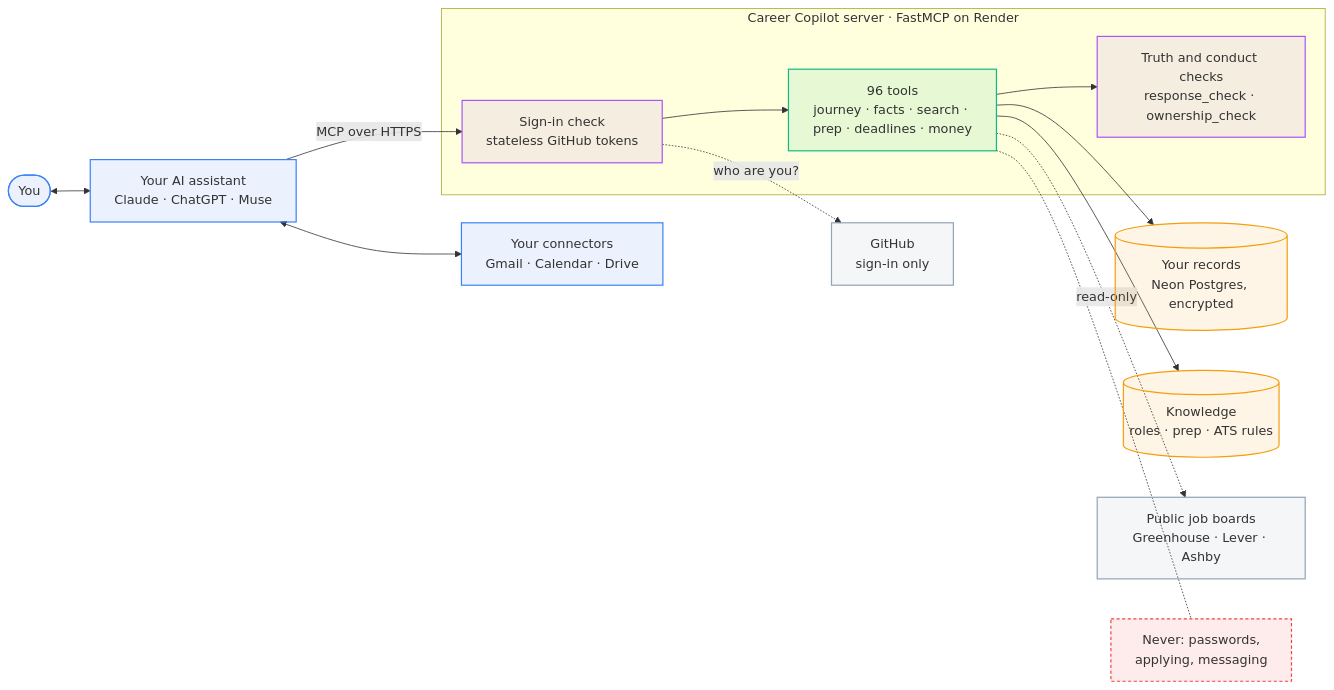
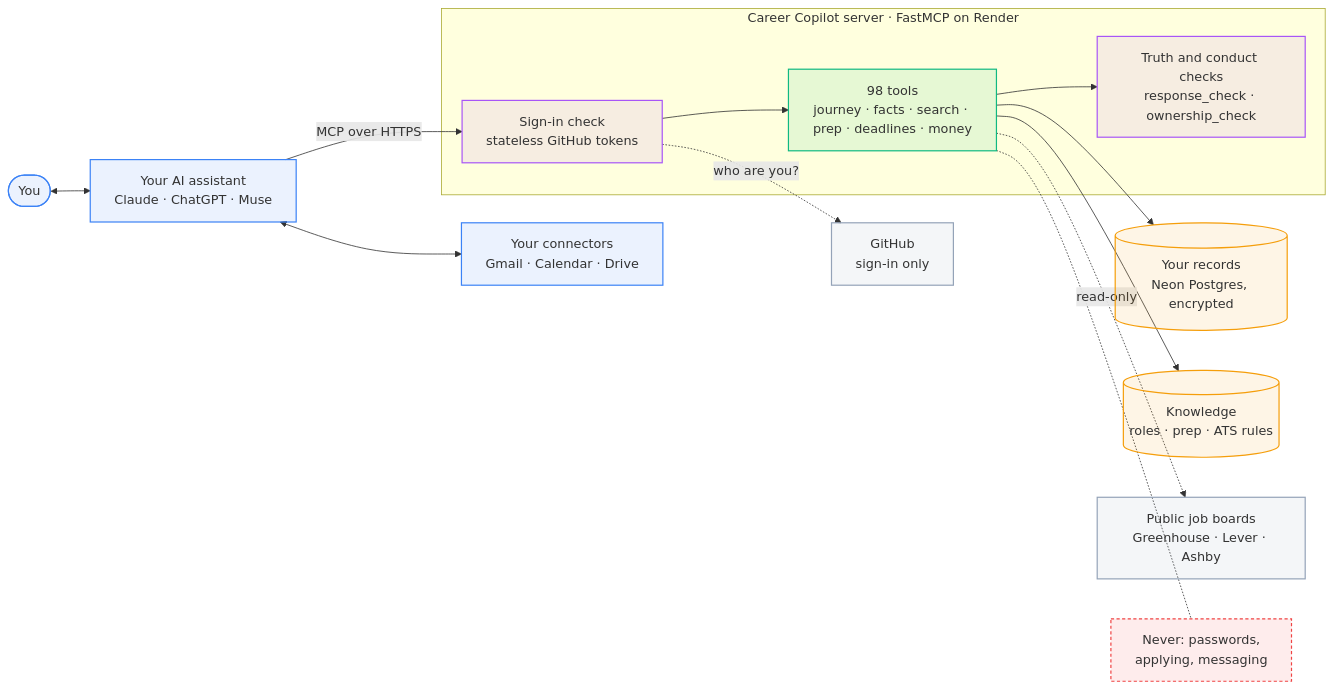
Before and after one commit to TusharSamantaray/career-copilot-mcp: the first of 8 diagrams in docs/ARCHITECTURE.md, drawn with Mermaid. The commit also changed 17 other files, not shown here.

````diff
--- a/docs/ARCHITECTURE.md
+++ b/docs/ARCHITECTURE.md
@@ -42,35 +42,35 @@
 ```mermaid
 flowchart LR
   classDef person fill:#3B82F61A,stroke:#3B82F6,stroke-width:1.5px
   classDef copilot fill:#10B9811A,stroke:#10B981,stroke-width:1.5px
   classDef store fill:#F59E0B1A,stroke:#F59E0B,stroke-width:1.5px
   classDef ext fill:#94A3B81A,stroke:#94A3B8,stroke-width:1.5px
   classDef guard fill:#A855F71A,stroke:#A855F7,stroke-width:1.5px
   classDef never fill:#EF44441A,stroke:#EF4444,stroke-width:1.5px,stroke-dasharray:4 3
 
   you(["You"]):::person
   ai["Your AI assistant<br/>Claude · ChatGPT · Muse"]:::person
   own["Your connectors<br/>Gmail · Calendar · Drive"]:::person
 
   subgraph server["Career Copilot server · FastMCP on Render"]
     auth["Sign-in check<br/>stateless GitHub tokens"]:::guard
-    tools["96 tools<br/>journey · facts · search · prep · deadlines · money"]:::copilot
+    tools["98 tools<br/>journey · facts · search · prep · deadlines · money"]:::copilot
     checks["Truth and conduct checks<br/>response_check · ownership_check"]:::guard
   end
 
   db[("Your records<br/>Neon Postgres, encrypted")]:::store
   kb[("Knowledge<br/>roles · prep · ATS rules")]:::store
   gh["GitHub<br/>sign-in only"]:::ext
   boards["Public job boards<br/>Greenhouse · Lever · Ashby"]:::ext
   never["Never: passwords,<br/>applying, messaging"]:::never
 
   you <--> ai
   ai <--> own
   ai -- "MCP over HTTPS" --> auth --> tools
   tools --> checks
   tools --> db
   tools --> kb
   auth -. "who are you?" .-> gh
   tools -. "read-only" .-> boards
   tools -.- never
 ```
````
